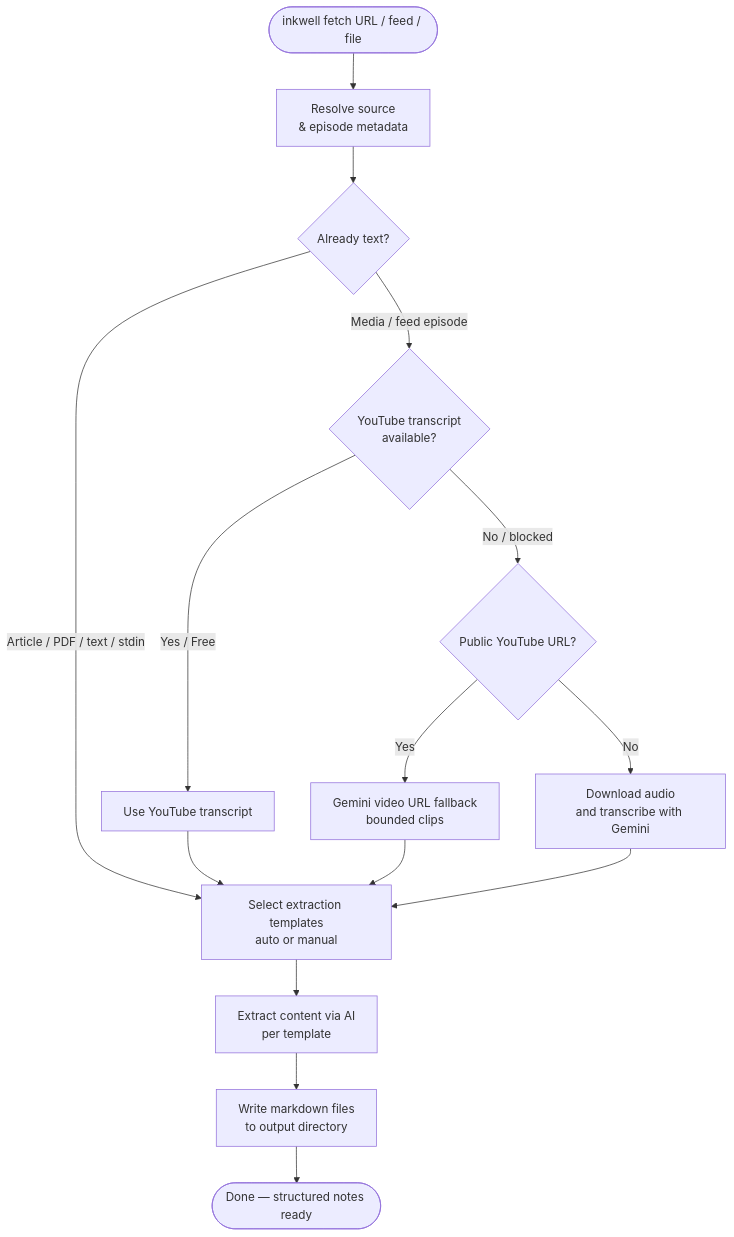
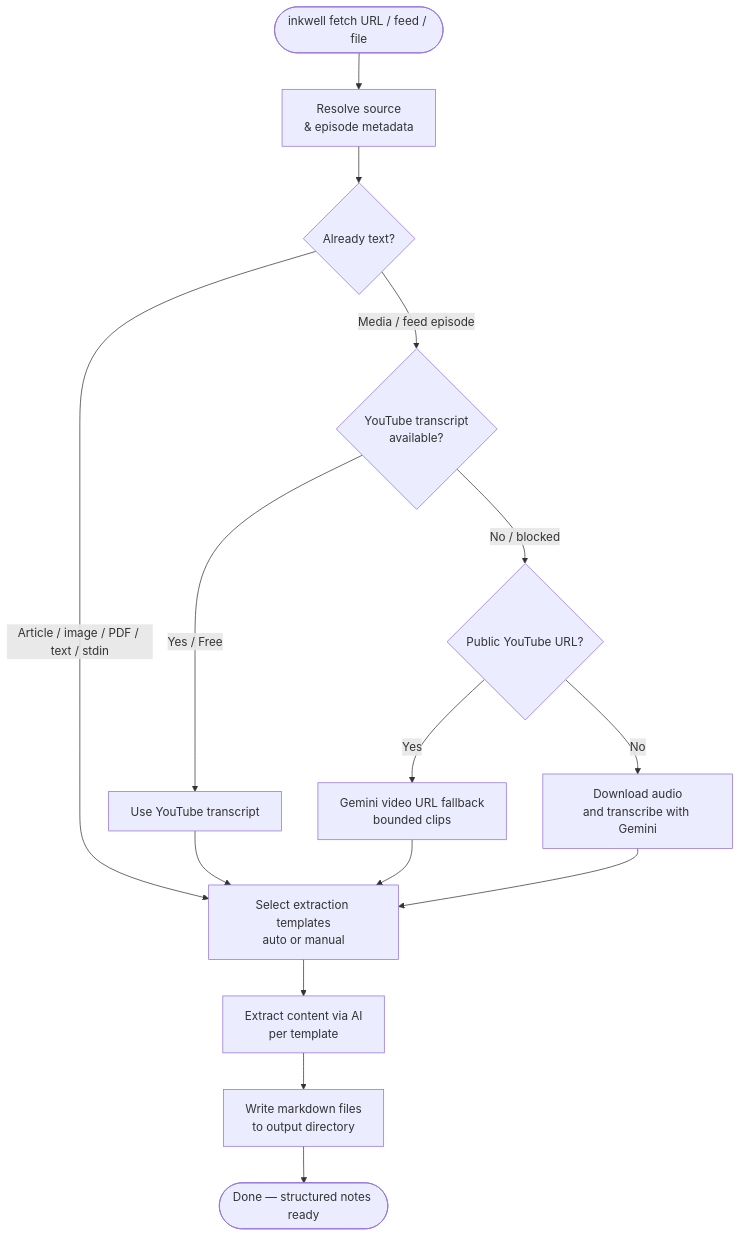
The diagram in docs/user-guide/processing.md (chekos/inkwell-cli), drawn with Mermaid before and after one commit. The commit also changed other lines of this file and 37 other files, not shown here.

````diff
--- a/docs/user-guide/processing.md
+++ b/docs/user-guide/processing.md
@@ -58,17 +61,17 @@
 ```mermaid
 flowchart TD
     A([inkwell fetch URL / feed / file]) --> B[Resolve source\n& episode metadata]
     B --> S{Already text?}
-    S -- Article / PDF / text / stdin --> F[Select extraction templates\nauto or manual]
+    S -- Article / image / PDF / text / stdin --> F[Select extraction templates\nauto or manual]
     S -- Media / feed episode --> C{YouTube transcript\navailable?}
     C -- Yes / Free --> D[Use YouTube transcript]
     C -- No / blocked --> E{Public YouTube URL?}
     E -- Yes --> J[Gemini video URL fallback\nbounded clips]
     E -- No --> K[Download audio\nand transcribe with Gemini]
     D --> F[Select extraction templates\nauto or manual]
     J --> F
     K --> F
     F --> G[Extract content via AI\nper template]
     G --> H[Write markdown files\nto output directory]
     H --> I([Done — structured notes ready])
 ```
````
